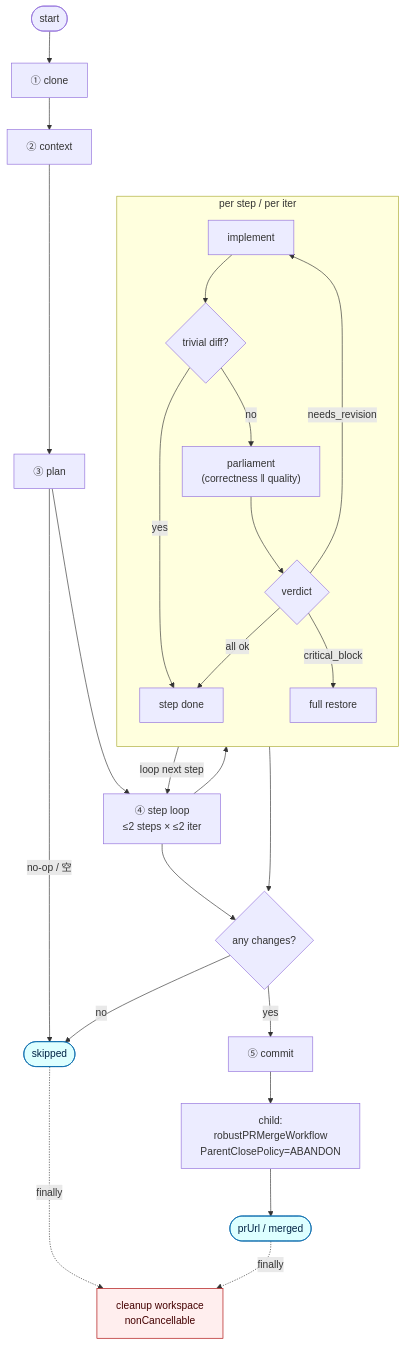
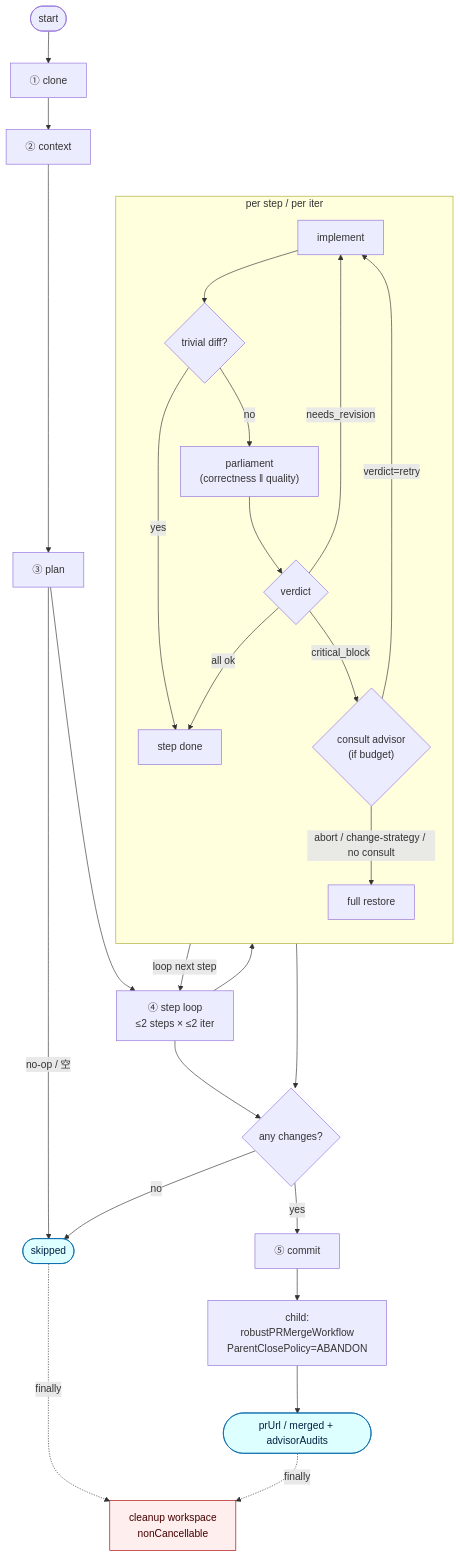
One commit to tamara1031/temporal-repo-steward changed the third of 5 diagrams in docs/architecture.md. Above: the diagram before and after it, drawn with Mermaid. The commit also changed other lines of this file and 1 other file, not shown here.

Commit message:
docs: update architecture and README for improved activity structure and clarity

````diff
--- a/docs/architecture.md
+++ b/docs/architecture.md
@@ -143,35 +148,37 @@
 ```mermaid
 flowchart TD
     Start([start]) --> Clone[① clone]
     Clone --> Ctx[② context]
     Ctx --> Plan[③ plan]
     Plan -->|no-op / 空| RetSkip([skipped]):::ret
     Plan --> StepLoop[④ step loop<br/>≤2 steps × ≤2 iter]
 
     subgraph step["per step / per iter"]
         direction TB
         Impl[implement] --> Gate{trivial diff?}
         Gate -->|yes| StepDone[step done]
         Gate -->|no| Review["parliament<br/>(correctness ‖ quality)"]
         Review --> Verdict{verdict}
         Verdict -->|all ok| StepDone
         Verdict -->|needs_revision| Impl
-        Verdict -->|critical_block| RBall[full restore]
+        Verdict -->|critical_block| AdviseCB{"consult advisor<br/>(if budget)"}
+        AdviseCB -->|verdict=retry| Impl
+        AdviseCB -->|abort / change-strategy / no consult| RBall[full restore]
     end
 
     StepLoop --> step
     step -->|loop next step| StepLoop
     StepLoop --> Final{any changes?}
     RBall --> Final
     Final -->|no| RetSkip
     Final -->|yes| Commit[⑤ commit]
     Commit --> Child[child:<br/>robustPRMergeWorkflow<br/>ParentClosePolicy=ABANDON]
-    Child --> RetOk([prUrl / merged]):::ret
+    Child --> RetOk([prUrl / merged + advisorAudits]):::ret
 
     RetSkip -.->|finally| Cleanup
     RetOk -.->|finally| Cleanup
     Cleanup[cleanup workspace<br/>nonCancellable]:::finally
 
     classDef ret fill:#dff,stroke:#06a,color:#024
     classDef finally fill:#fee,stroke:#a00,color:#400
 ```
````
